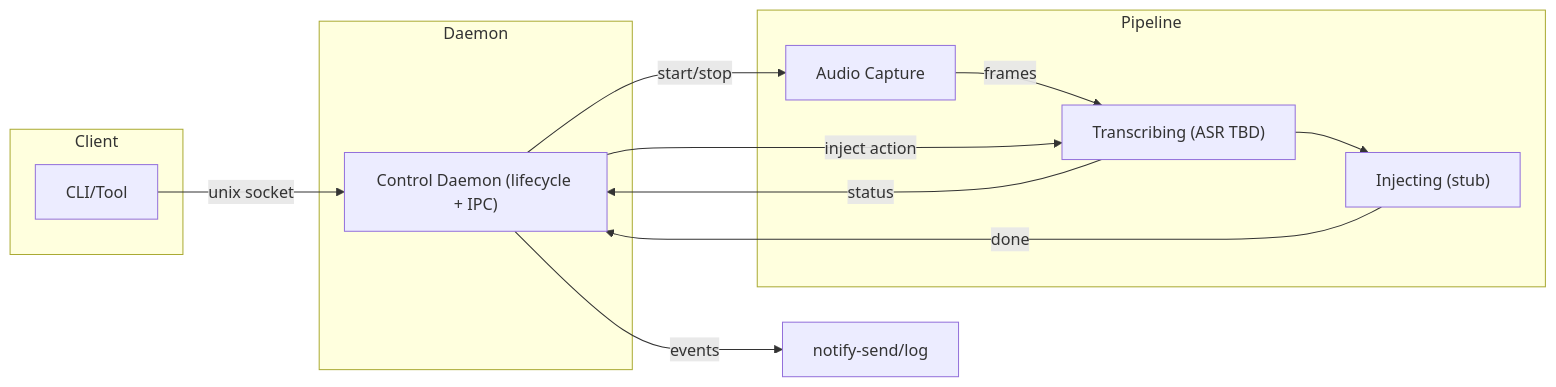
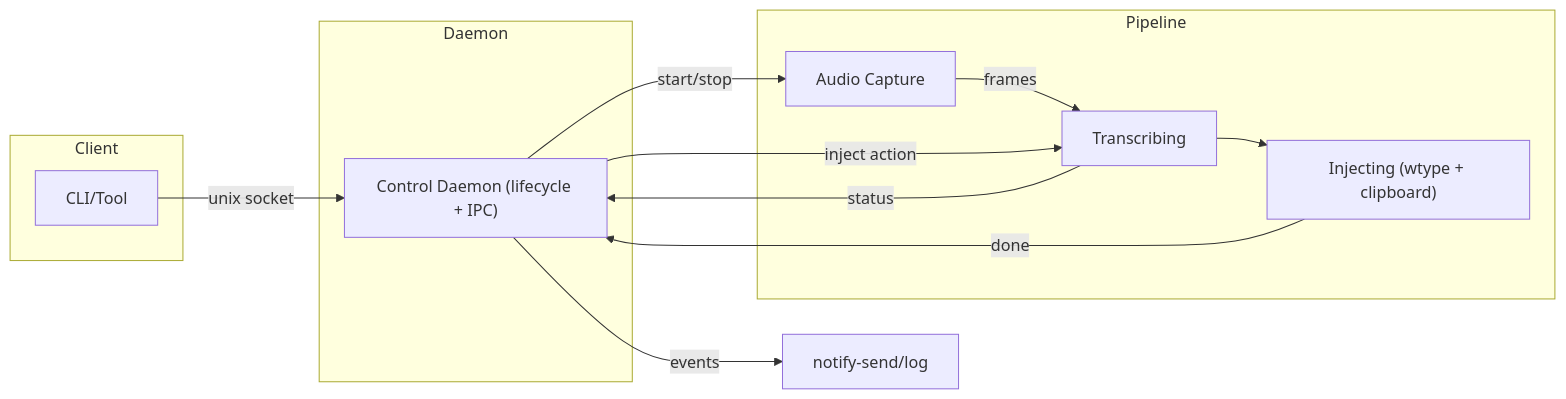
One commit to LeonardoTrapani/hyprvoice changed the first of 2 diagrams in README.md. Above: the diagram before and after it, drawn with Mermaid. The commit also changed other lines of this file and 4 other files, not shown here.

````diff
--- a/README.md
+++ b/README.md
@@ -283,24 +308,24 @@
 ```mermaid
 flowchart LR
   subgraph Client
     CLI["CLI/Tool"]
   end
   subgraph Daemon
     D["Control Daemon (lifecycle + IPC)"]
   end
   subgraph Pipeline
     A["Audio Capture"]
-    T["Transcribing (ASR TBD)"]
-    I["Injecting (stub)"]
+    T["Transcribing"]
+    I["Injecting (wtype + clipboard)"]
   end
   N["notify-send/log"]
 
   CLI -- unix socket --> D
   D -- start/stop --> A
   A -- frames --> T
   T -- status --> D
   D -- events --> N
   D -- inject action --> T
   T --> I
   I -->|done| D
 ```
````
